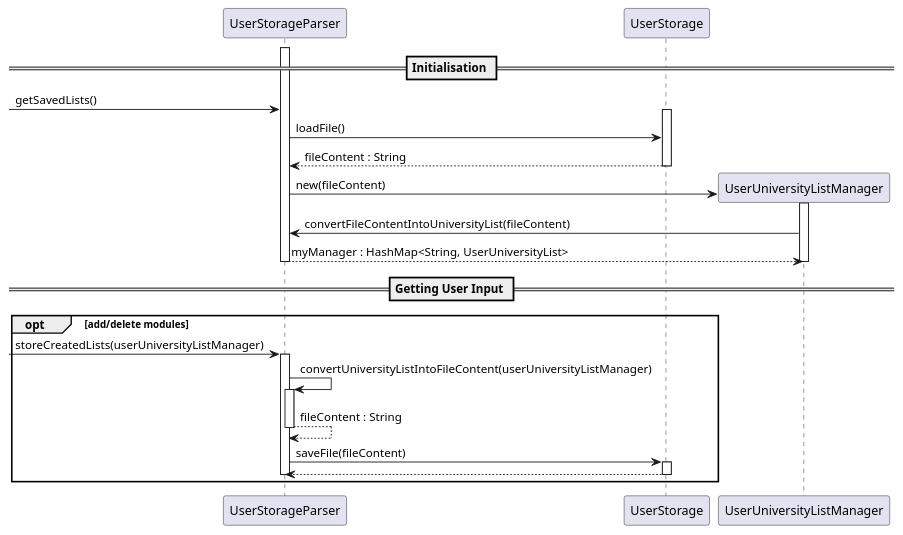
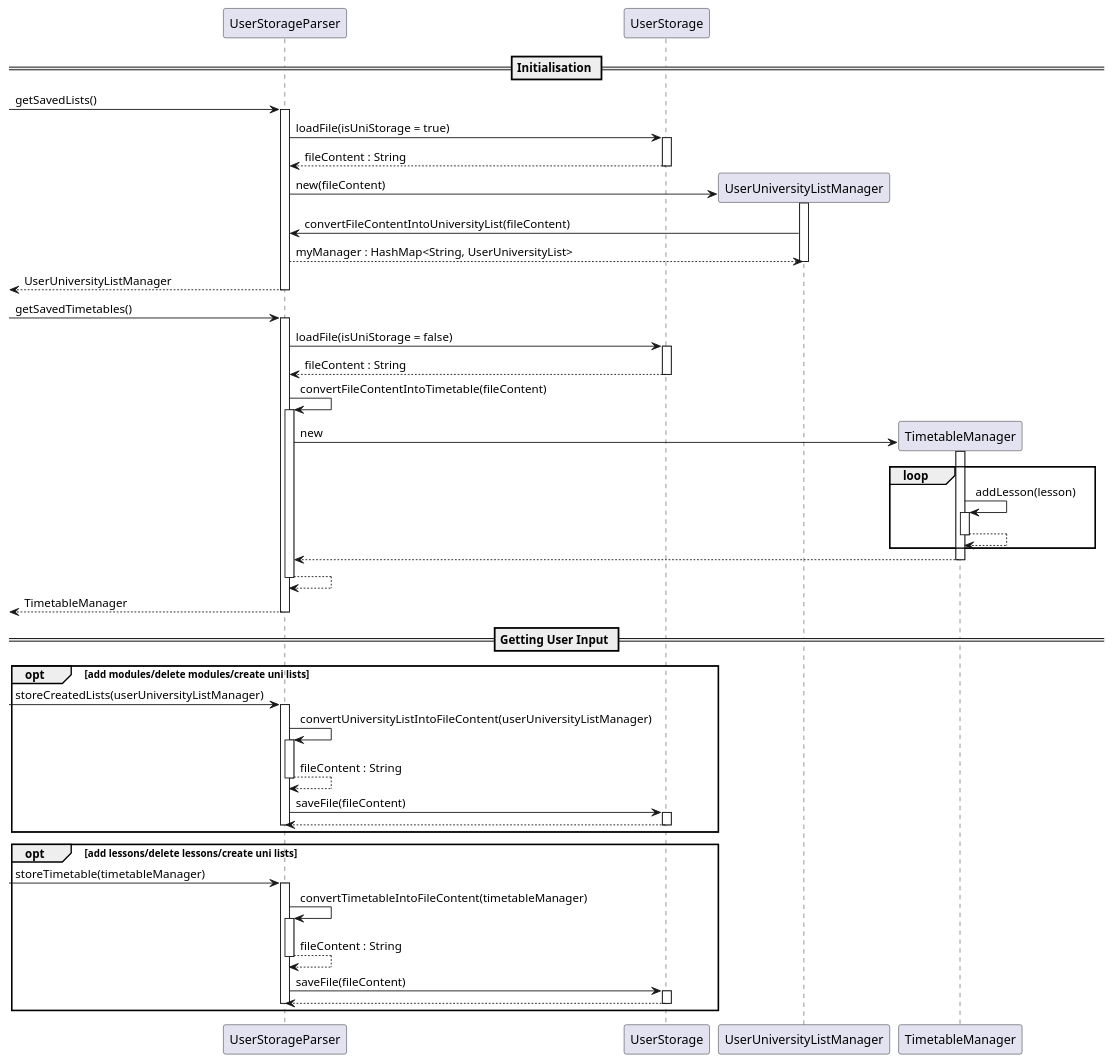
The diagram in docs/diagrams/UserStorage_Sequence.puml (nus-cs2113-AY2223S1/tp), drawn with PlantUML before and after one commit. The commit also changed 1 other file, not shown here.

Commit message:
Update User Storage Sequence diagram

```diff
--- a/docs/diagrams/UserStorage_Sequence.puml
+++ b/docs/diagrams/UserStorage_Sequence.puml
@@ -1,38 +1,78 @@
 @startuml
 
 == Initialisation ==
 
+-> UserStorageParser : getSavedLists()
 activate UserStorageParser
--> UserStorageParser : getSavedLists()
 
+UserStorageParser -> UserStorage : loadFile(isUniStorage = true)
 activate UserStorage
-UserStorageParser -> UserStorage : loadFile()
 UserStorage --> UserStorageParser : fileContent : String
 deactivate UserStorage
 
 create UserUniversityListManager
 UserStorageParser -> UserUniversityListManager : new(fileContent)
 activate UserUniversityListManager
 UserUniversityListManager -> UserStorageParser : convertFileContentIntoUniversityList(fileContent)
 UserStorageParser --> UserUniversityListManager : myManager : HashMap<String, UserUniversityList>
 deactivate UserUniversityListManager
+<-- UserStorageParser : UserUniversityListManager
+deactivate UserStorageParser
+
+-> UserStorageParser : getSavedTimetables()
+activate UserStorageParser
+UserStorageParser -> UserStorage : loadFile(isUniStorage = false)
+activate UserStorage
+UserStorage --> UserStorageParser : fileContent : String
+deactivate UserStorage
+
+UserStorageParser -> UserStorageParser : convertFileContentIntoTimetable(fileContent)
+activate UserStorageParser
+create TimetableManager
+UserStorageParser -> TimetableManager : new
+activate TimetableManager
+loop
+TimetableManager -> TimetableManager : addLesson(lesson)
+activate TimetableManager
+TimetableManager --> TimetableManager
+deactivate TimetableManager
+end
+TimetableManager --> UserStorageParser
+deactivate TimetableManager
+UserStorageParser --> UserStorageParser
+deactivate UserStorageParser
+<-- UserStorageParser : TimetableManager
 deactivate UserStorageParser
 
 == Getting User Input ==
 
-opt add/delete modules
+opt add modules/delete modules/create uni lists
 -> UserStorageParser : storeCreatedLists(userUniversityListManager)
 activate UserStorageParser
 UserStorageParser -> UserStorageParser : convertUniversityListIntoFileContent(userUniversityListManager)
 activate UserStorageParser
 UserStorageParser --> UserStorageParser : fileContent : String
 deactivate UserStorageParser
 UserStorageParser -> UserStorage : saveFile(fileContent)
 activate UserStorage
 UserStorage --> UserStorageParser
 deactivate UserStorage
 deactivate UserStorageParser
 end
 
+opt add lessons/delete lessons/create uni lists
+-> UserStorageParser : storeTimetable(timetableManager)
+activate UserStorageParser
+UserStorageParser -> UserStorageParser : convertTimetableIntoFileContent(timetableManager)
+activate UserStorageParser
+UserStorageParser --> UserStorageParser : fileContent : String
+deactivate UserStorageParser
+UserStorageParser -> UserStorage : saveFile(fileContent)
+activate UserStorage
+UserStorage --> UserStorageParser
+deactivate UserStorage
+deactivate UserStorageParser
+end
+
 
 @enduml
```
